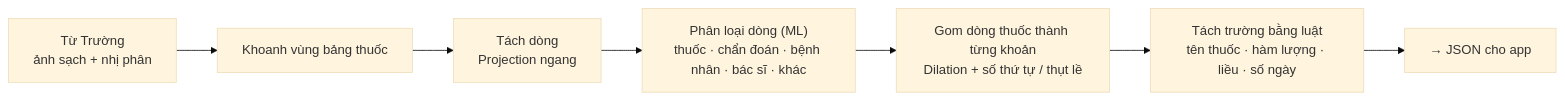
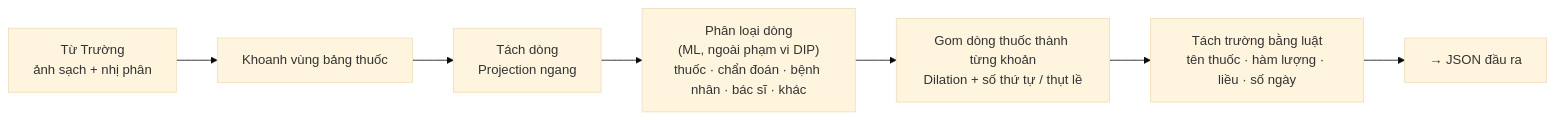
The diagram in team/KeHoach_Thang.md (KhangDaoz/dip), drawn with Mermaid (base theme) before and after one commit. The commit also changed other lines of this file and 151 other files, not shown here.

````diff
--- a/team/KeHoach_Thang.md
+++ b/team/KeHoach_Thang.md
@@ -18,9 +17,9 @@
 ```mermaid
 flowchart LR
     T["Từ Trường<br>ảnh sạch + nhị phân"] --> R["Khoanh vùng bảng thuốc"]
     R --> L["Tách dòng<br>Projection ngang"]
-    L --> ML["Phân loại dòng (ML)<br>thuốc · chẩn đoán · bệnh nhân · bác sĩ · khác"]
+    L --> ML["Phân loại dòng<br>(ML, ngoài phạm vi DIP)<br>thuốc · chẩn đoán · bệnh nhân · bác sĩ · khác"]
     ML --> G["Gom dòng thuốc thành từng khoản<br>Dilation + số thứ tự / thụt lề"]
     G --> P["Tách trường bằng luật<br>tên thuốc · hàm lượng · liều · số ngày"]
-    P --> A["→ JSON cho app"]
+    P --> A["→ JSON đầu ra"]
 ```
````
